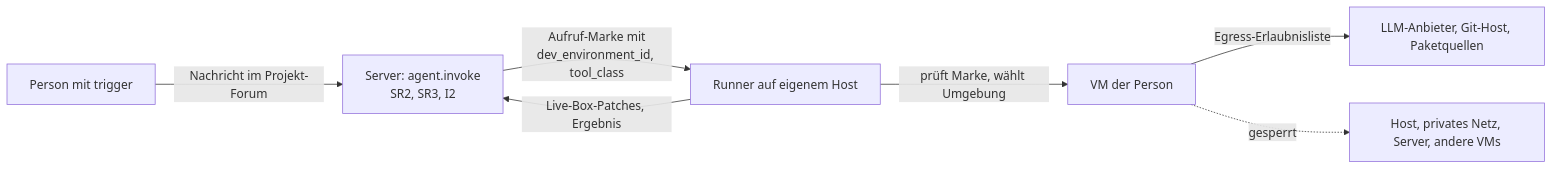
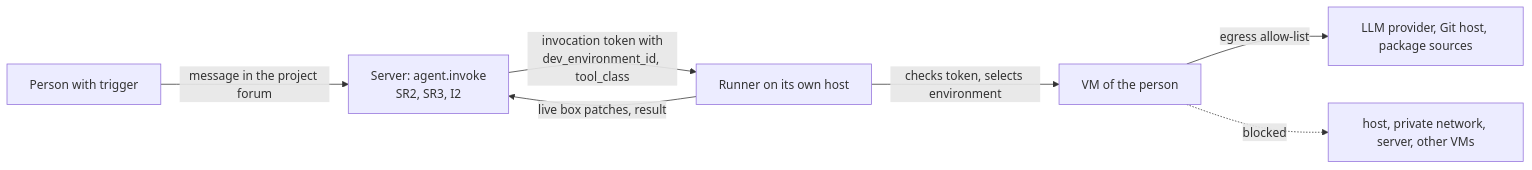
The second of 2 diagrams in docs/spec/21-dev-isolation.md (mguttmann/bothy), drawn with Mermaid before and after one commit. The commit also changed other lines of this file and 73 other files, not shown here.

````diff
--- a/docs/spec/21-dev-isolation.md
+++ b/docs/spec/21-dev-isolation.md
@@ -158,9 +158,9 @@
 ```mermaid
 flowchart LR
-    P["Person mit trigger"] -->|"Nachricht im Projekt-Forum"| S["Server: agent.invoke<br/>SR2, SR3, I2"]
-    S -->|"Aufruf-Marke mit<br/>dev_environment_id, tool_class"| R["Runner auf eigenem Host"]
-    R -->|"prüft Marke, wählt Umgebung"| V["VM der Person"]
-    V -->|"Egress-Erlaubnisliste"| L["LLM-Anbieter, Git-Host, Paketquellen"]
-    V -.->|"gesperrt"| X["Host, privates Netz, Server, andere VMs"]
-    R -->|"Live-Box-Patches, Ergebnis"| S
+    P["Person with trigger"] -->|"message in the project forum"| S["Server: agent.invoke<br/>SR2, SR3, I2"]
+    S -->|"invocation token with<br/>dev_environment_id, tool_class"| R["Runner on its own host"]
+    R -->|"checks token, selects environment"| V["VM of the person"]
+    V -->|"egress allow-list"| L["LLM provider, Git host, package sources"]
+    V -.->|"blocked"| X["host, private network, server, other VMs"]
+    R -->|"live box patches, result"| S
 ```
````
